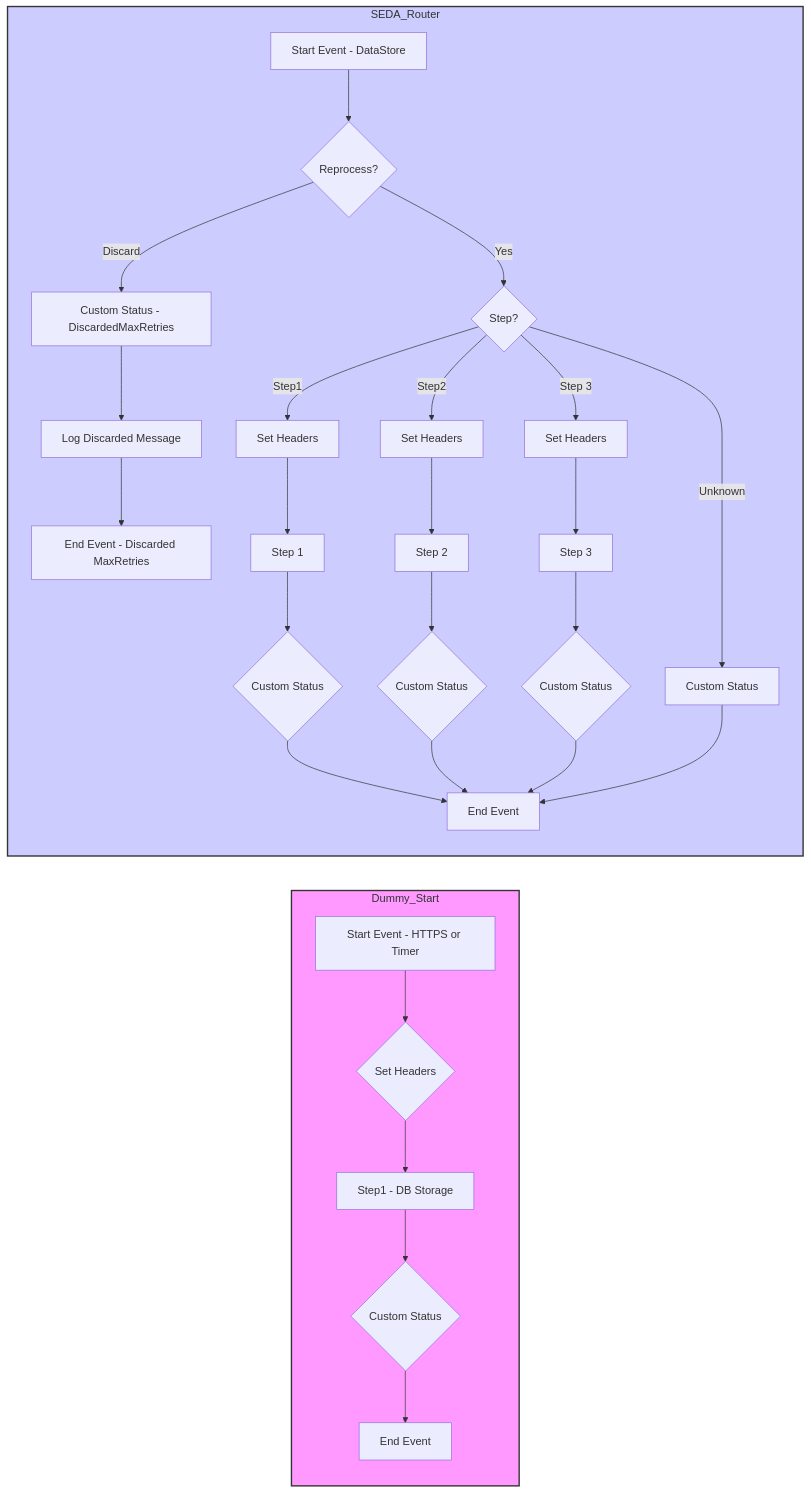
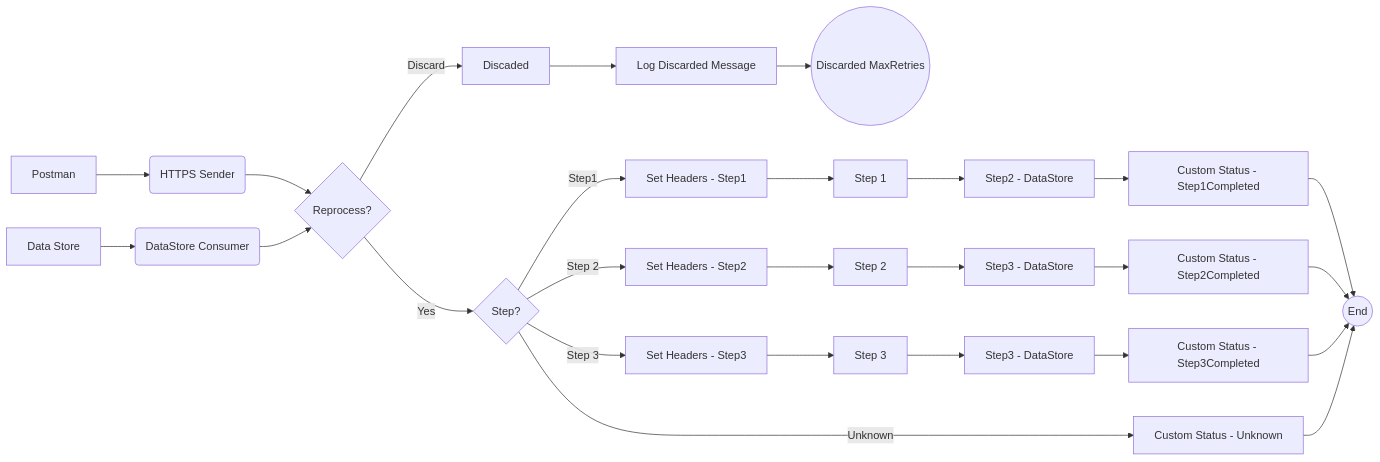
The diagram in MMZ - Templates/SEDA_Model_-_Single_DS_-_Restart_and_Discard-1.0.0/readme.md (Avvale-IA-CICD/AvvaleCPI), drawn with Mermaid before and after one commit. The commit also changed other lines of this file, not shown here.

Commit message:
Add/update documentation for SEDA_Model_-_Single_DS_-_Restart_and_Discard v1.0.0

````diff
--- a/MMZ - Templates/SEDA_Model_-_Single_DS_-_Restart_and_Discard-1.0.0/readme.md
+++ b/MMZ - Templates/SEDA_Model_-_Single_DS_-_Restart_and_Discard-1.0.0/readme.md
@@ -4,37 +4,28 @@
 ```mermaid
 graph LR
-    subgraph Dummy_Start
-        A[Start Event - HTTPS or Timer] --> B{Set Headers}
-        B --> C[Step1 - DB Storage];
-        C --> D{Custom Status}
-        D --> E[End Event]
-    end
-
-    subgraph SEDA_Router
-        DS[Start Event - DataStore] --> Retry{Reprocess?}
-        Retry -- Discard -->Discarded[Custom Status - DiscardedMaxRetries]
-        Discarded -->Log[Log Discarded Message]
-        Log -->EndDiscarded[End Event - Discarded MaxRetries]
-        Retry -- Yes --> StepGateway{Step?}
-        StepGateway -- Step1 --> SetHeader1[Set Headers]
-        SetHeader1 --> Step1[Step 1]
-        Step1 --> CustomStatus1{Custom Status}
-        CustomStatus1 --> End[End Event]
-
-        StepGateway -- Step2 --> SetHeader2[Set Headers]
-        SetHeader2 --> Step2[Step 2]
-        Step2 --> CustomStatus2{Custom Status}
-        CustomStatus2 --> End
-
-        StepGateway -- Step 3 --> SetHeader3[Set Headers]
-        SetHeader3 --> Step3[Step 3]
-        Step3 --> CustomStatus3{Custom Status}
-        CustomStatus3 --> End
-
-        StepGateway -- Unknown --> UnknownStep[Custom Status]
-        UnknownStep --> End
-    end
-
-    style Dummy_Start fill:#f9f,stroke:#333,stroke-width:2px
-    style SEDA_Router fill:#ccf,stroke:#333,stroke-width:2px
+    A[Postman] --> B(HTTPS Sender);
+    C[Data Store] --> D(DataStore Consumer);
+    B --> E{Reprocess?};
+    D --> E;
+    E -- Yes --> F{Step?};
+    E -- Discard --> G[Discaded];
+    G --> H[Log Discarded Message];
+    H --> I((Discarded MaxRetries));
+    F -- Step1 --> J[Set Headers - Step1];
+    F -- Step 2 --> K[Set Headers - Step2];
+    F -- Step 3 --> L[Set Headers - Step3];
+    F -- Unknown --> M[Custom Status - Unknown];
+    J --> N[Step 1];
+    K --> O[Step 2];
+    L --> P[Step 3];
+    N --> Q[Step2 - DataStore];
+    O --> R[Step3 - DataStore];
+    P --> S[Step3 - DataStore];
+    Q --> T[Custom Status - Step1Completed];
+    R --> U[Custom Status - Step2Completed];
+    S --> V[Custom Status - Step3Completed];
+    T --> W((End));
+    U --> W;
+    V --> W;
+    M --> W;
 ```
````
